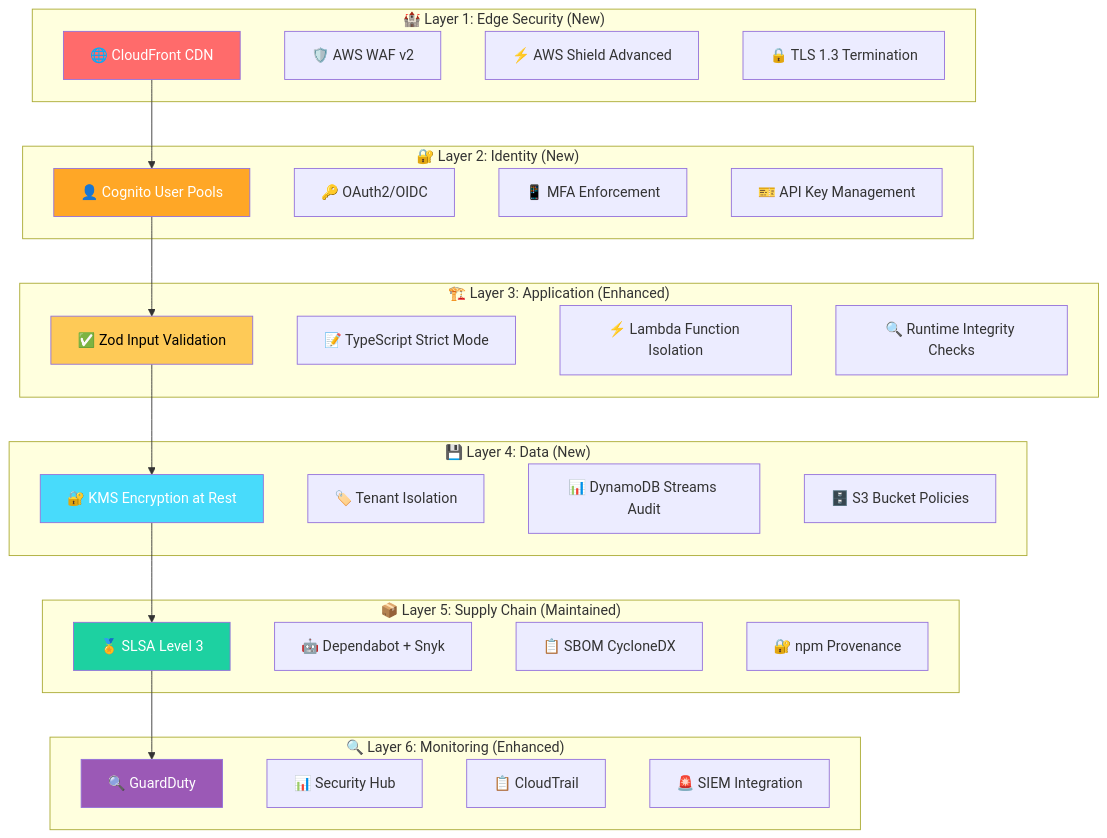
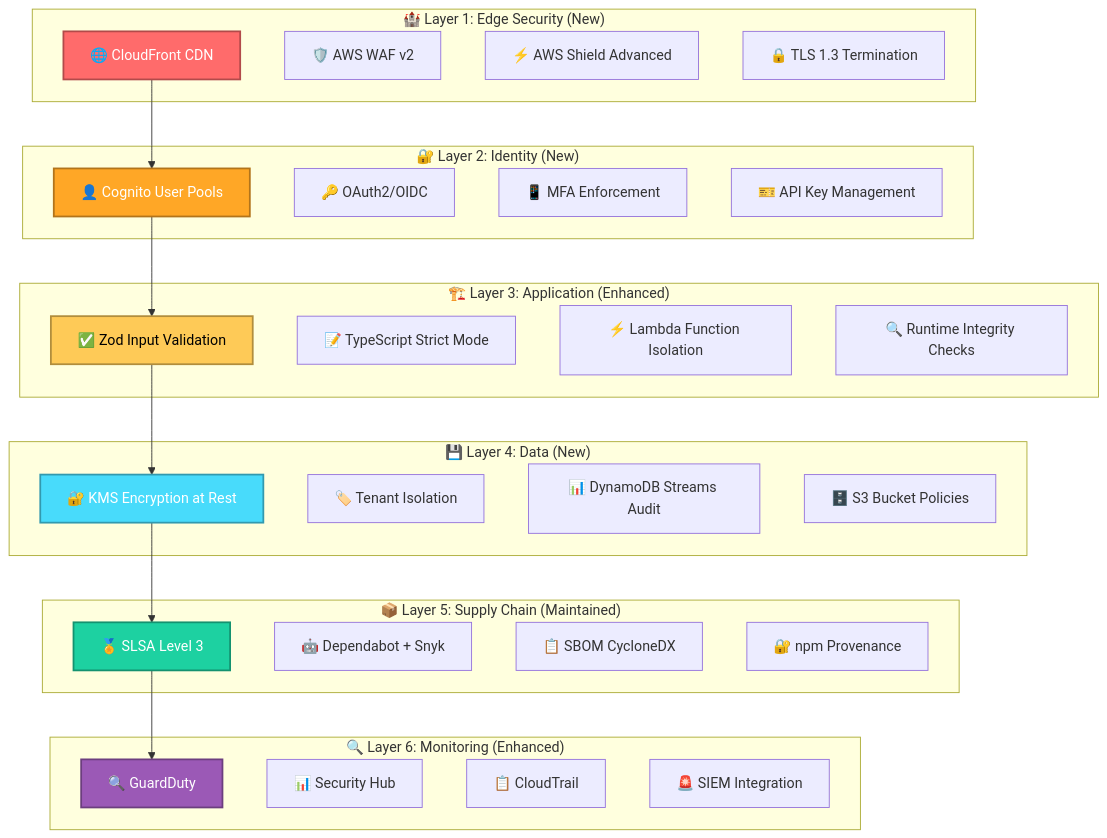
One commit to Hack23/European-Parliament-MCP-Server changed the seventh of 7 diagrams in docs/api-markdown/_media/FUTURE_THREAT_MODEL.md. Above: the diagram before and after it, drawn with Mermaid. The commit also changed other lines of this file and 17 other files, not shown here.

````diff
--- a/docs/api-markdown/_media/FUTURE_THREAT_MODEL.md
+++ b/docs/api-markdown/_media/FUTURE_THREAT_MODEL.md
@@ -401,59 +441,65 @@
 ```mermaid
 graph TB
     subgraph "🏰 Layer 1: Edge Security (New)"
         L1A[🌐 CloudFront CDN]
         L1B[🛡️ AWS WAF v2]
         L1C[⚡ AWS Shield Advanced]
         L1D[🔒 TLS 1.3 Termination]
     end
     
     subgraph "🔐 Layer 2: Identity (New)"
         L2A[👤 Cognito User Pools]
         L2B[🔑 OAuth2/OIDC]
         L2C[📱 MFA Enforcement]
         L2D[🎫 API Key Management]
     end
     
     subgraph "🏗️ Layer 3: Application (Enhanced)"
         L3A[✅ Zod Input Validation]
         L3B[📝 TypeScript Strict Mode]
         L3C[⚡ Lambda Function Isolation]
         L3D[🔍 Runtime Integrity Checks]
     end
     
     subgraph "💾 Layer 4: Data (New)"
         L4A[🔐 KMS Encryption at Rest]
         L4B[🏷️ Tenant Isolation]
         L4C[📊 DynamoDB Streams Audit]
         L4D[🗄️ S3 Bucket Policies]
     end
     
     subgraph "📦 Layer 5: Supply Chain (Maintained)"
         L5A[🏅 SLSA Level 3]
         L5B[🤖 Dependabot + Snyk]
         L5C[📋 SBOM CycloneDX]
         L5D[🔐 npm Provenance]
     end
     
     subgraph "🔍 Layer 6: Monitoring (Enhanced)"
         L6A[🔍 GuardDuty]
         L6B[📊 Security Hub]
         L6C[📋 CloudTrail]
         L6D[🚨 SIEM Integration]
     end
     
     L1A --> L2A --> L3A --> L4A --> L5A --> L6A
     
-    style L1A fill:#ff6b6b,color:#ffffff
+    style L1A fill:#ff6b6b,stroke:#b24a4a,stroke-width:2px,color:#ffffff
 
-    style L2A fill:#ffa726,color:#ffffff
 
-    style L3A fill:#feca57,color:#000000
+    style L2A fill:#ffa726,stroke:#b2741a,stroke-width:2px,color:#ffffff
 
-    style L4A fill:#48dbfb,color:#ffffff
 
-    style L5A fill:#1dd1a1,color:#ffffff
+    style L3A fill:#feca57,stroke:#b18d3c,stroke-width:2px,color:#000000
 
-    style L6A fill:#9b59b6,color:#ffffff
+
+    style L4A fill:#48dbfb,stroke:#3299af,stroke-width:2px,color:#ffffff
+
+
+    style L5A fill:#1dd1a1,stroke:#149270,stroke-width:2px,color:#ffffff
+
+
+    style L6A fill:#9b59b6,stroke:#6c3e7f,stroke-width:2px,color:#ffffff
+
 
 ```
````
